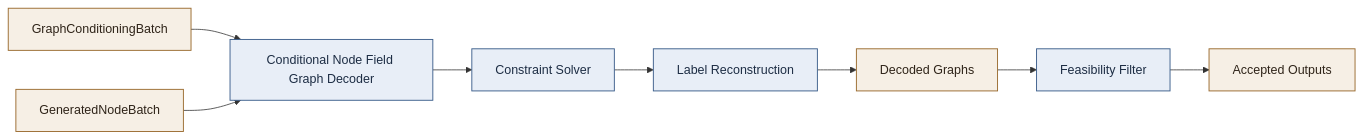
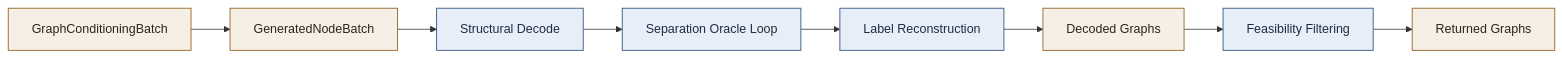
One commit to fabriziocosta/NodeField changed the first of 2 diagrams in docs/3_CONDITIONAL_NODE_FIELD_GRAPH_DECODER_README.md. Above: the diagram before and after it, drawn with Mermaid. The commit also changed other lines of this file and 4 other files, not shown here.

````diff
--- a/docs/3_CONDITIONAL_NODE_FIELD_GRAPH_DECODER_README.md
+++ b/docs/3_CONDITIONAL_NODE_FIELD_GRAPH_DECODER_README.md
@@ -35,22 +58,21 @@
 ```mermaid
 flowchart LR
     GC[GraphConditioningBatch]
     GNB[GeneratedNodeBatch]
-    DEC[Conditional Node Field Graph Decoder]
-    ILP[Constraint Solver]
+    STR[Structural Decode]
+    ORA[Separation Oracle Loop]
     LAB[Label Reconstruction]
-    G[Decoded Graphs]
-    FEAS[Feasibility Filter]
-    OUT[Accepted Outputs]
+    DEC[Decoded Graphs]
+    FIL[Feasibility Filtering]
+    OUT[Returned Graphs]
 
-    GC --> DEC
-    GNB --> DEC
-    DEC --> ILP --> LAB --> G --> FEAS --> OUT
+    GC --> GNB
+    GNB --> STR --> ORA --> LAB --> DEC --> FIL --> OUT
 
     classDef data fill:#f6efe5,stroke:#9a6b2f,stroke-width:1.2px,color:#2f2419;
-    classDef model fill:#e7f0ea,stroke:#2e6a4f,stroke-width:1.2px,color:#173728;
     classDef decode fill:#e8eef7,stroke:#3d5f8c,stroke-width:1.2px,color:#1d2d44;
+    classDef process fill:#f7f4ea,stroke:#8a7a3d,stroke-width:1.2px,color:#3a3218;
 
-    class GC,GNB,G,OUT data;
-    class DEC,ILP,LAB,FEAS decode;
+    class GC,GNB,DEC,OUT data;
+    class STR,ORA,LAB,FIL decode;
 ```
````
